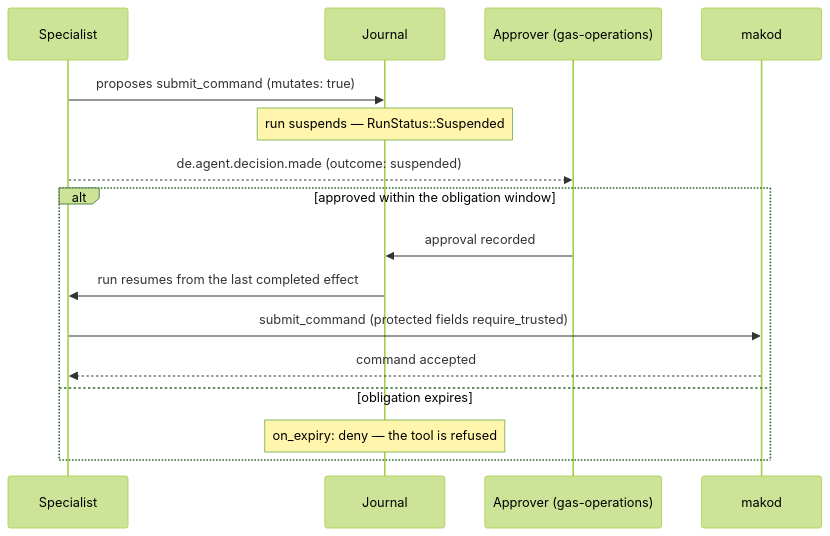
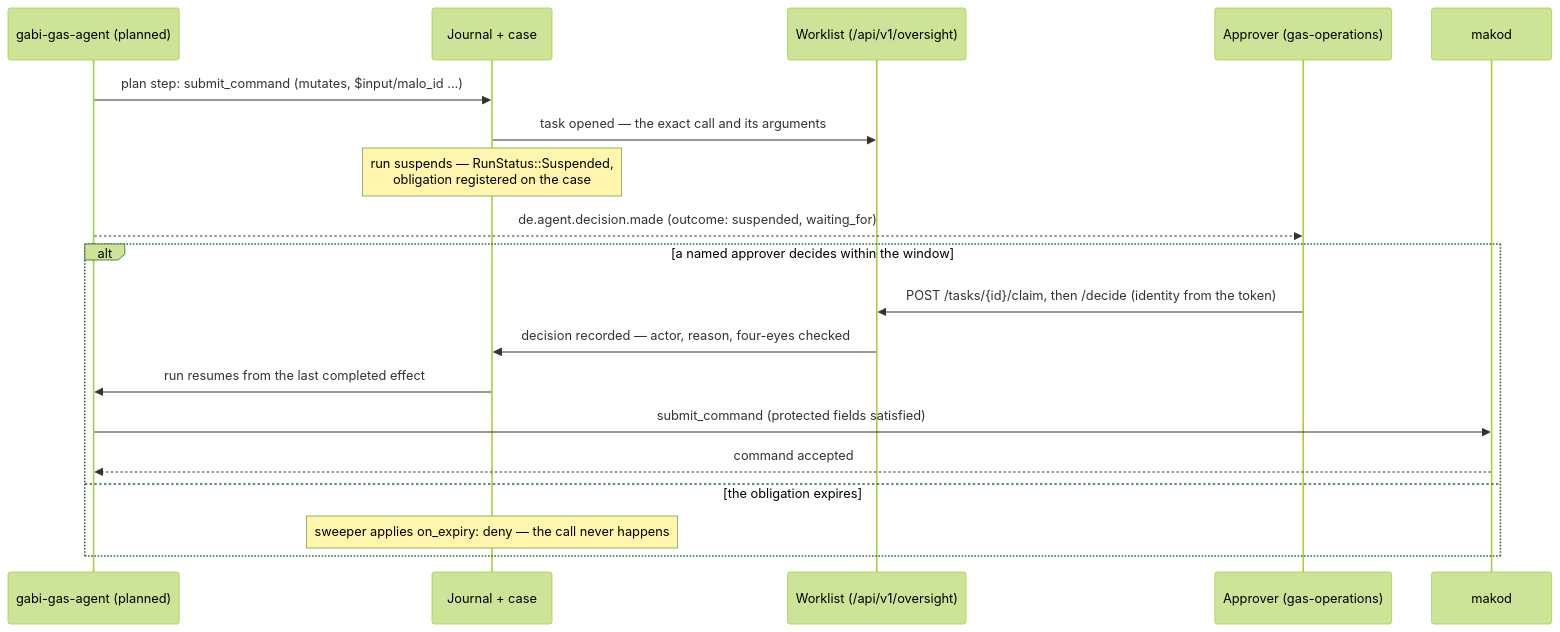
One commit to hupe1980/mako changed the third of 3 diagrams in site/content/docs/services/agentd.md. Above: the diagram before and after it, drawn with Mermaid (forest theme). The commit also changed other lines of this file and 66 other files, not shown here.

````diff
--- a/site/content/docs/services/agentd.md
+++ b/site/content/docs/services/agentd.md
@@ -256,19 +356,22 @@
 ```mermaid
 sequenceDiagram
-    participant A as Specialist
-    participant J as Journal
+    participant A as gabi-gas-agent (planned)
+    participant J as Journal + case
+    participant W as Worklist (/api/v1/oversight)
     participant H as Approver (gas-operations)
     participant M as makod
 
-    A->>J: proposes submit_command (mutates: true)
-    Note over J: run suspends — RunStatus::Suspended
-    A-->>H: de.agent.decision.made (outcome: suspended)
-    alt approved within the obligation window
-        H->>J: approval recorded
+    A->>J: plan step: submit_command (mutates, $input/malo_id …)
+    J->>W: task opened — the exact call and its arguments
+    Note over J: run suspends — RunStatus::Suspended,<br/>obligation registered on the case
+    A-->>H: de.agent.decision.made (outcome: suspended, waiting_for)
+    alt a named approver decides within the window
+        H->>W: POST /tasks/{id}/claim, then /decide (identity from the token)
+        W->>J: decision recorded — actor, reason, four-eyes checked
         J->>A: run resumes from the last completed effect
-        A->>M: submit_command (protected fields require_trusted)
+        A->>M: submit_command (protected fields satisfied)
         M-->>A: command accepted
-    else obligation expires
-        Note over J: on_expiry: deny — the tool is refused
+    else the obligation expires
+        Note over J: sweeper applies on_expiry: deny — the call never happens
     end
 ```
````
